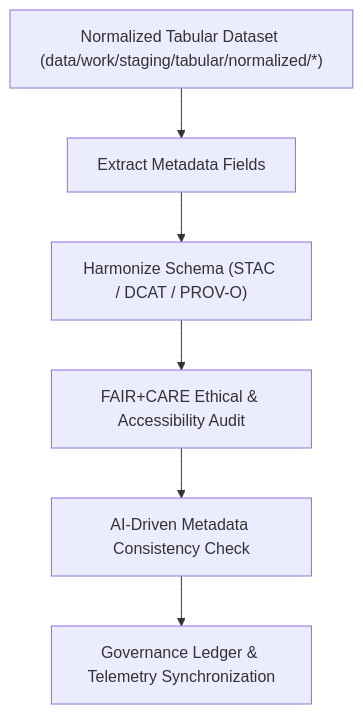
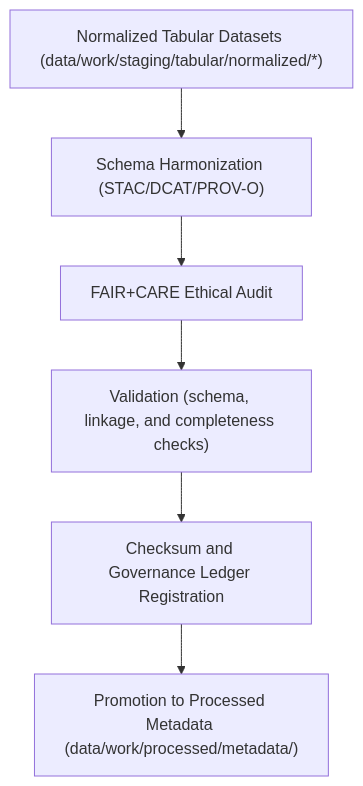
Before and after one commit to bartytime4life/Kansas-Frontier-Matrix: the diagram in data/work/staging/tabular/metadata/README.md, drawn with Mermaid. The commit also changed other lines of this file, not shown here.

````diff
--- a/data/work/staging/tabular/metadata/README.md
+++ b/data/work/staging/tabular/metadata/README.md
@@ -82,8 +74,8 @@
 ```mermaid
 flowchart TD
-    A["Normalized Tabular Dataset (data/work/staging/tabular/normalized/*)"] --> B["Extract Metadata Fields"]
-    B --> C["Harmonize Schema (STAC / DCAT / PROV-O)"]
-    C --> D["FAIR+CARE Ethical & Accessibility Audit"]
-    D --> E["AI-Driven Metadata Consistency Check"]
-    E --> F["Governance Ledger & Telemetry Synchronization"]
+    A["Normalized Tabular Datasets (data/work/staging/tabular/normalized/*)"] --> B["Schema Harmonization (STAC/DCAT/PROV-O)"]
+    B --> C["FAIR+CARE Ethical Audit"]
+    C --> D["Validation (schema, linkage, and completeness checks)"]
+    D --> E["Checksum and Governance Ledger Registration"]
+    E --> F["Promotion to Processed Metadata (data/work/processed/metadata/)"]
 ```
````
